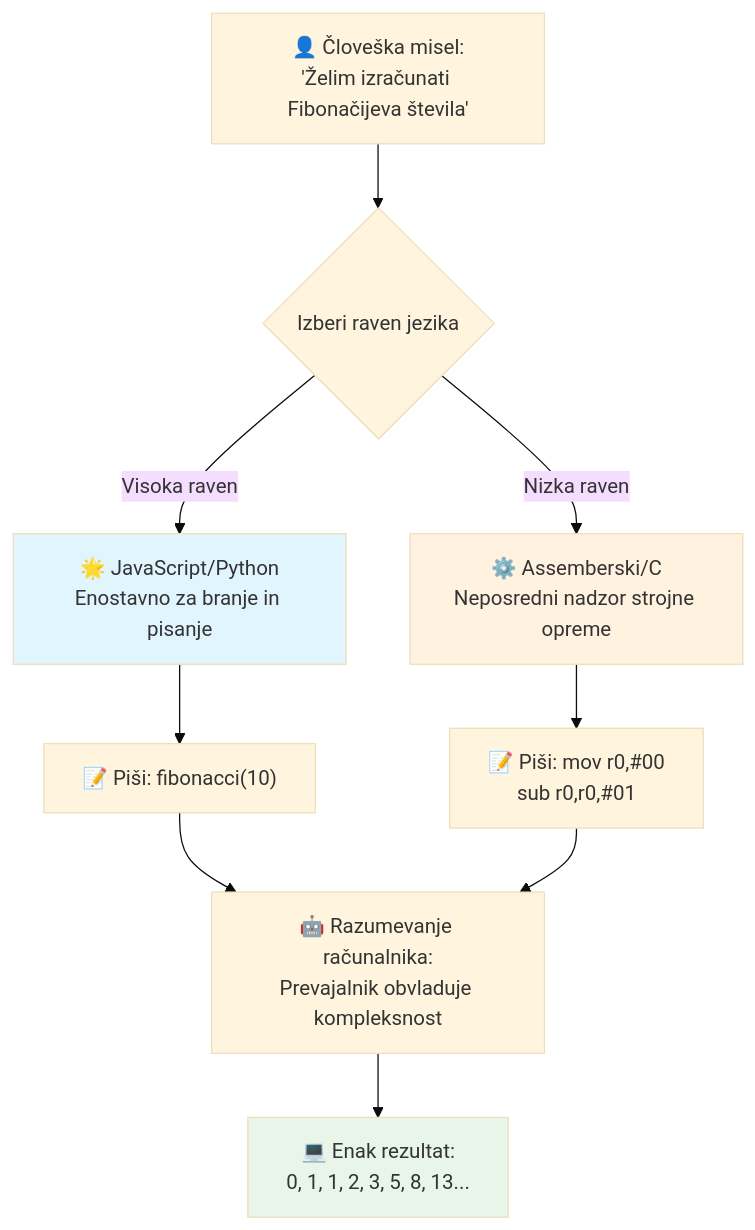
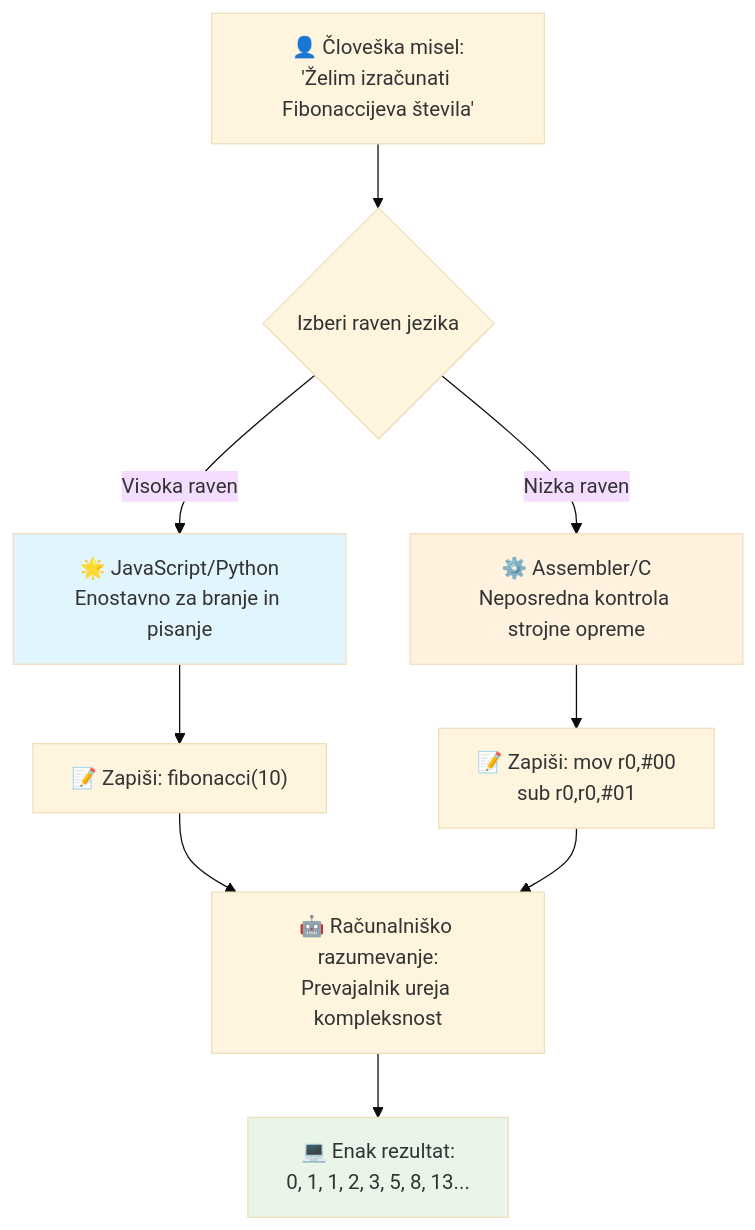
Before and after one commit to microsoft/Web-Dev-For-Beginners: the third of 7 diagrams in translations/sl/1-getting-started-lessons/1-intro-to-programming-languages/README.md, drawn with Mermaid (base theme). The commit also changed other lines of this file and 11 other files, not shown here.

````diff
--- a/translations/sl/1-getting-started-lessons/1-intro-to-programming-languages/README.md
+++ b/translations/sl/1-getting-started-lessons/1-intro-to-programming-languages/README.md
@@ -148,19 +148,19 @@
 ```mermaid
 flowchart TB
-    A["👤 Človeška misel:<br/>'Želim izračunati Fibonačijeva števila'"] --> B{Izberi raven jezika}
+    A["👤 Človeška misel:<br/>'Želim izračunati Fibonaccijeva števila'"] --> B{Izberi raven jezika}
     
     B -->|Visoka raven| C["🌟 JavaScript/Python<br/>Enostavno za branje in pisanje"]
-    B -->|Nizka raven| D["⚙️ Assemberski/C<br/>Neposredni nadzor strojne opreme"]
+    B -->|Nizka raven| D["⚙️ Assembler/C<br/>Neposredna kontrola strojne opreme"]
     
-    C --> E["📝 Piši: fibonacci(10)"]
-    D --> F["📝 Piši: mov r0,#00<br/>sub r0,r0,#01"]
+    C --> E["📝 Zapiši: fibonacci(10)"]
+    D --> F["📝 Zapiši: mov r0,#00<br/>sub r0,r0,#01"]
     
-    E --> G["🤖 Razumevanje računalnika:<br/>Prevajalnik obvladuje kompleksnost"]
+    E --> G["🤖 Računalniško razumevanje:<br/>Prevajalnik ureja kompleksnost"]
     F --> G
     
     G --> H["💻 Enak rezultat:<br/>0, 1, 1, 2, 3, 5, 8, 13..."]
     
     style C fill:#e1f5fe
     style D fill:#fff3e0
     style H fill:#e8f5e8
 ```
````
